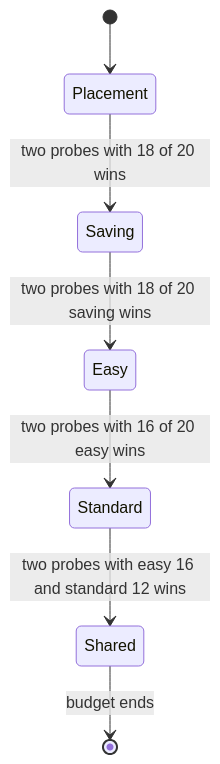
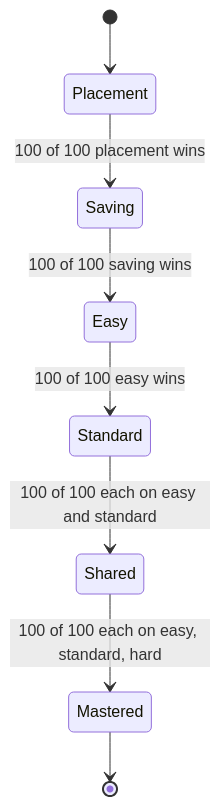
One commit to Comb1e/RL-Pvz changed the fourth of 6 diagrams in docs/architecture.md. Above: the diagram before and after it, drawn with Mermaid. The commit also changed other lines of this file and 23 other files, not shown here.

````diff
--- a/docs/architecture.md
+++ b/docs/architecture.md
@@ -128,9 +128,10 @@
 ```mermaid
 stateDiagram-v2
     [*] --> Placement
-    Placement --> Saving: two probes with 18 of 20 wins
-    Saving --> Easy: two probes with 18 of 20 saving wins
-    Easy --> Standard: two probes with 16 of 20 easy wins
-    Standard --> Shared: two probes with easy 16 and standard 12 wins
-    Shared --> [*]: budget ends
+    Placement --> Saving: 100 of 100 placement wins
+    Saving --> Easy: 100 of 100 saving wins
+    Easy --> Standard: 100 of 100 easy wins
+    Standard --> Shared: 100 of 100 each on easy and standard
+    Shared --> Mastered: 100 of 100 each on easy, standard, hard
+    Mastered --> [*]
 ```
````
